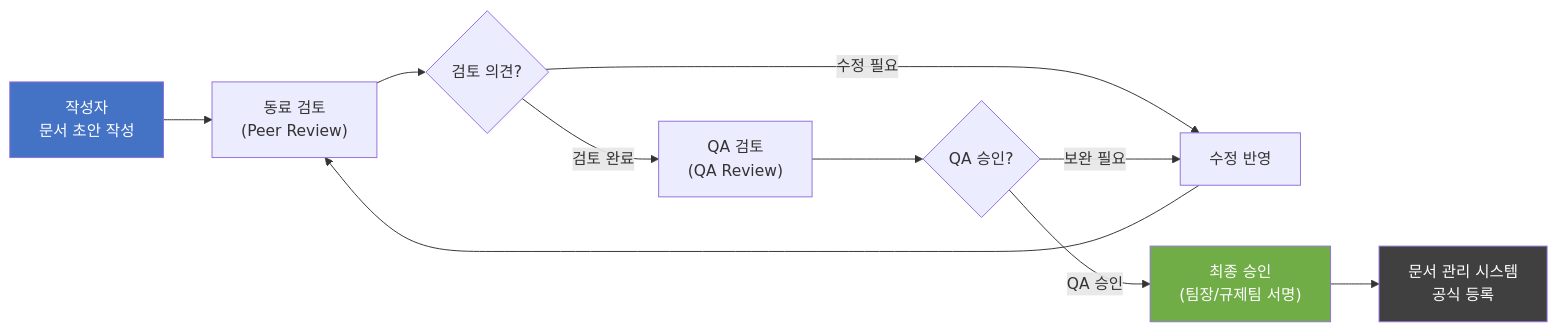
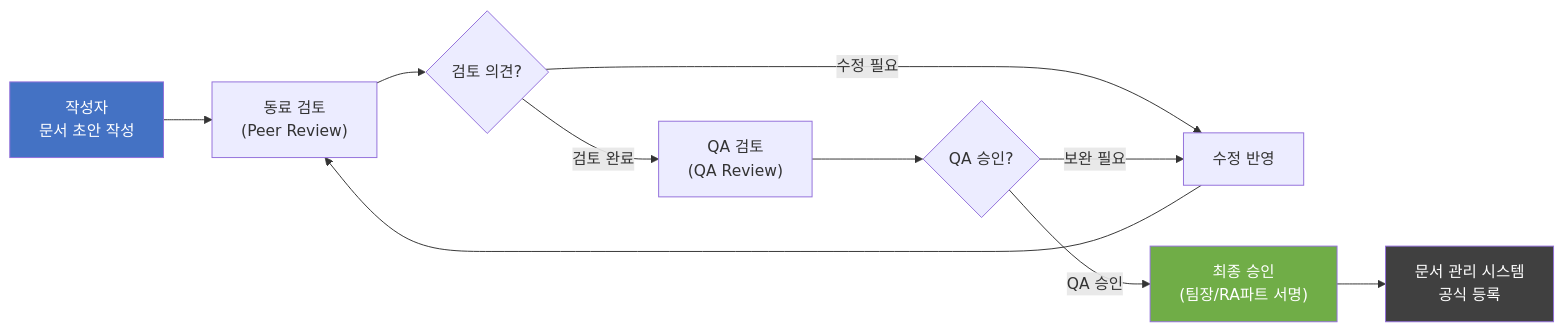
Diagram 12 of 13 in docs/management/DOC-003_SW_Development_Guideline_v1.0.md (holee9/console-gui), drawn with Mermaid before and after one commit. The commit also changed other lines of this file and 40 other files, not shown here.

````diff
--- a/docs/management/DOC-003_SW_Development_Guideline_v1.0.md
+++ b/docs/management/DOC-003_SW_Development_Guideline_v1.0.md
@@ -1163,16 +1163,16 @@
 ```mermaid
 flowchart LR
     A["작성자<br/>문서 초안 작성"] --> B["동료 검토<br/>(Peer Review)"]
     B --> C{검토 의견?}
     C -->|"수정 필요"| D["수정 반영"]
     D --> B
     C -->|"검토 완료"| E["QA 검토<br/>(QA Review)"]
     E --> F{QA 승인?}
     F -->|"보완 필요"| D
-    F -->|"QA 승인"| G["최종 승인<br/>(팀장/규제팀 서명)"]
+    F -->|"QA 승인"| G["최종 승인<br/>(팀장/RA파트 서명)"]
     G --> H["문서 관리 시스템<br/>공식 등록"]
 
     style A fill:#4472C4,color:#fff
     style G fill:#70AD47,color:#fff
     style H fill:#404040,color:#fff
 ```
````
